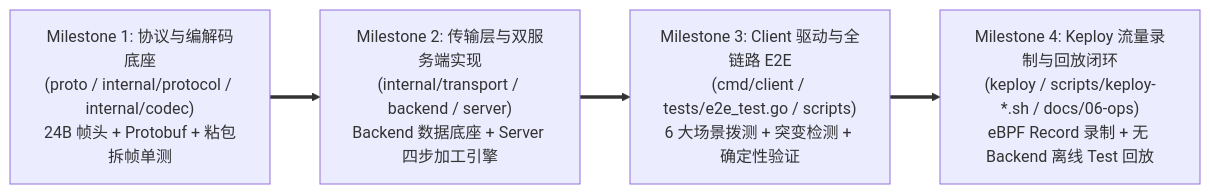
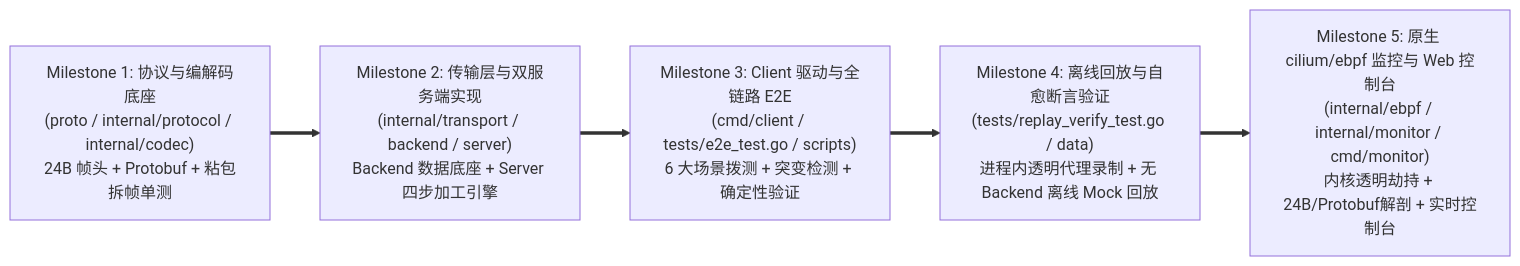
Before and after one commit to fugui/flowbench: the diagram in docs/04-tasks/01-roadmap.md, drawn with Mermaid. The commit also changed other lines of this file and 40 other files, not shown here.

Commit message:
refactor: 完全移除 Keploy 依赖并迁移原生 eBPF 协议感知监控资产

````diff
--- a/docs/04-tasks/01-roadmap.md
+++ b/docs/04-tasks/01-roadmap.md
@@ -19,9 +19,10 @@
 ```mermaid
 flowchart LR
     M1["Milestone 1: 协议与编解码底座<br/>(proto / internal/protocol / internal/codec)<br/>24B 帧头 + Protobuf + 粘包拆帧单测"]
     M2["Milestone 2: 传输层与双服务端实现<br/>(internal/transport / backend / server)<br/>Backend 数据底座 + Server 四步加工引擎"]
     M3["Milestone 3: Client 驱动与全链路 E2E<br/>(cmd/client / tests/e2e_test.go / scripts)<br/>6 大场景拨测 + 突变检测 + 确定性验证"]
-    M4["Milestone 4: Keploy 流量录制与回放闭环<br/>(keploy / scripts/keploy-*.sh / docs/06-ops)<br/>eBPF Record 录制 + 无 Backend 离线 Test 回放"]
+    M4["Milestone 4: 离线回放与自愈断言验证<br/>(tests/replay_verify_test.go / data)<br/>进程内透明代理录制 + 无 Backend 离线 Mock 回放"]
+    M5["Milestone 5: 原生 cilium/ebpf 监控与 Web 控制台<br/>(internal/ebpf / internal/monitor / cmd/monitor)<br/>内核透明劫持 + 24B/Protobuf解剖 + 实时控制台"]
 
-    M1 ==> M2 ==> M3 ==> M4
+    M1 ==> M2 ==> M3 ==> M4 ==> M5
 ```
````
